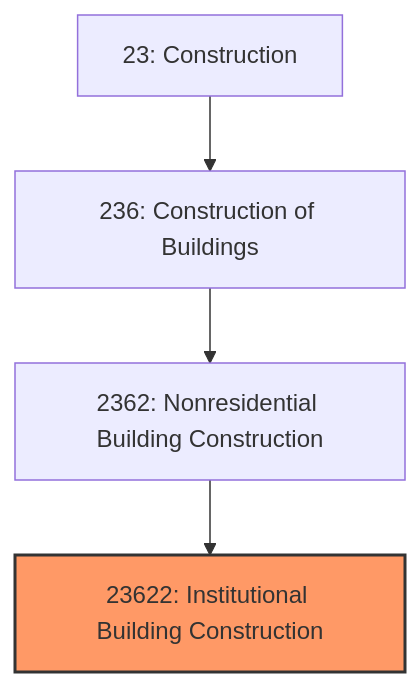
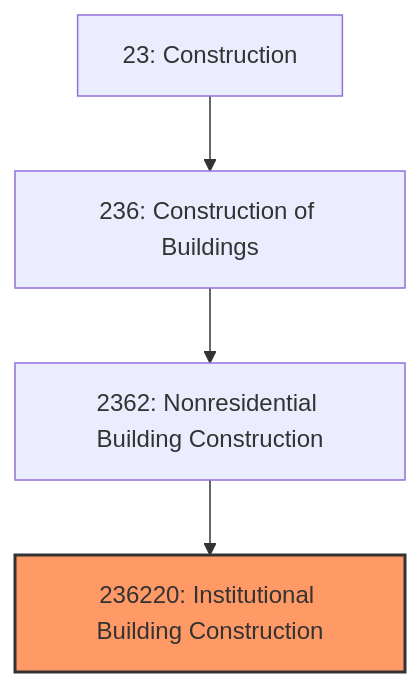
One commit to kziemski/business.org.ai changed the first of 3 diagrams in industries/Construction/ConstructionOfBuildings/NonresidentialBuildingConstruction/InstitutionalBuildingConstruction.mdx. Above: the diagram before and after it, drawn with Mermaid. The commit also changed other lines of this file and 67 other files, not shown here.

````diff
--- a/industries/Construction/ConstructionOfBuildings/NonresidentialBuildingConstruction/InstitutionalBuildingConstruction.mdx
+++ b/industries/Construction/ConstructionOfBuildings/NonresidentialBuildingConstruction/InstitutionalBuildingConstruction.mdx
@@ -20,8 +36,8 @@
 ```mermaid
 graph TD
     S23["23: Construction"]
     S23 --> N236["236: Construction of Buildings"]
     N236 --> N2362["2362: Nonresidential Building Construction"]
-    N2362 --> N23622["23622: Institutional Building Construction"]
-    style N23622 fill:#f96,stroke:#333,stroke-width:2px
+    N2362 --> N236220["236220: Institutional Building Construction"]
+    style N236220 fill:#f96,stroke:#333,stroke-width:2px
 ```
````
